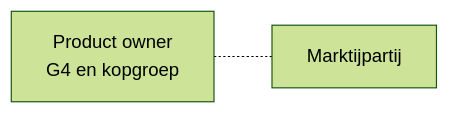
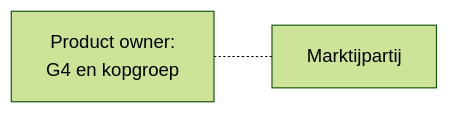
One commit to open-zaak/samenwerken changed the first of 3 diagrams in stappen-openzaak/openzaak-ecosysteem.md. Above: the diagram before and after it, drawn with Mermaid (forest theme). The commit also changed other lines of this file, not shown here.

````diff
--- a/stappen-openzaak/openzaak-ecosysteem.md
+++ b/stappen-openzaak/openzaak-ecosysteem.md
@@ -26,9 +26,9 @@
 ```mermaid
 graph LR
     %% Nodes
     Dev1["Marktijpartij"]
-    PO["Product owner<br/>G4 en kopgroep"]
+    PO["Product owner:<br/>G4 en kopgroep"]
 
     %% Connections
     PO -.- Dev1 
 ```
````
